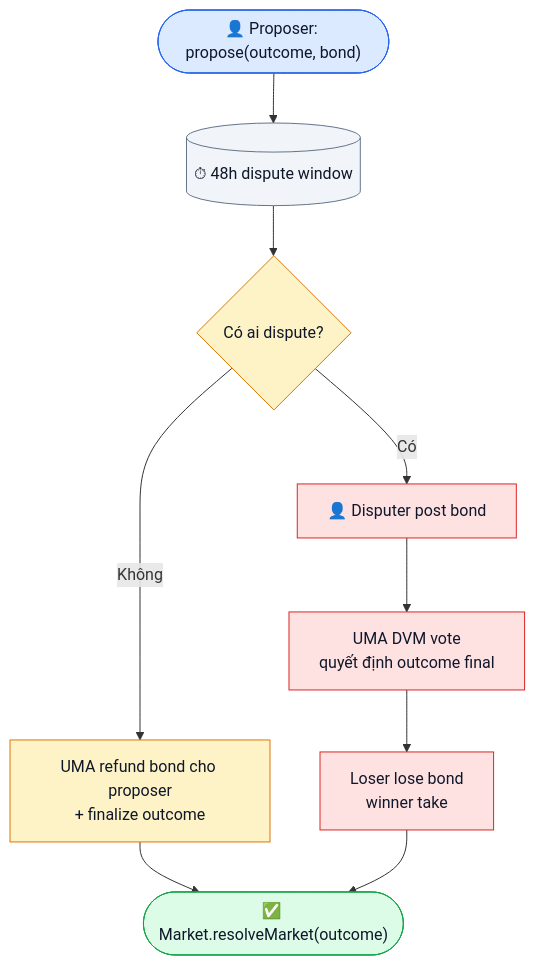
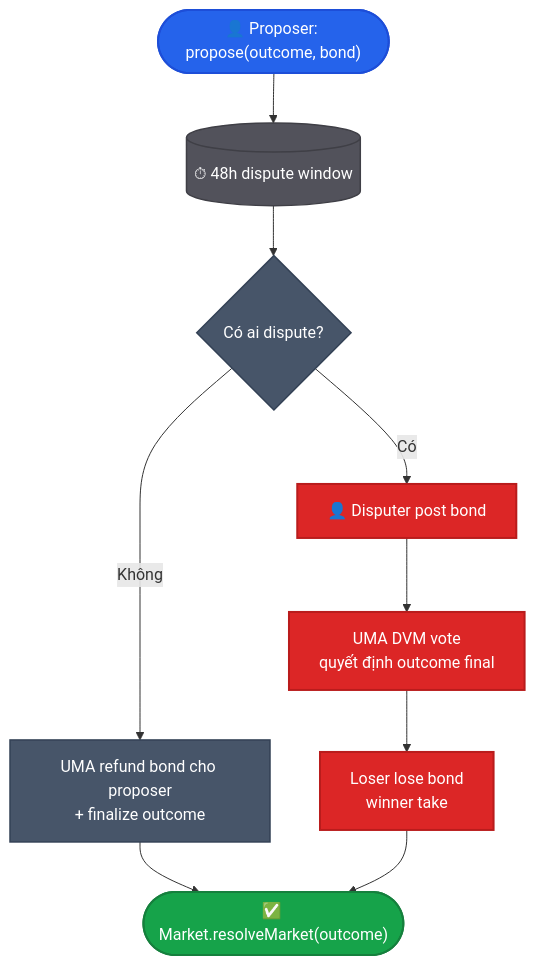
The fourth of 5 diagrams in vi_v6/giao-thuc/oracle.md (PrediX-Protocol/predix-docs), drawn with Mermaid before and after one commit. The commit also changed other lines of this file and 32 other files, not shown here.

First line of the commit message:
docs(vi_v6): redesign Mermaid theme — solid mid-tone palette + dark theme

````diff
--- a/vi_v6/giao-thuc/oracle.md
+++ b/vi_v6/giao-thuc/oracle.md
@@ -118,23 +118,23 @@
 ```mermaid
 flowchart TD
     Start(["👤 Proposer: propose(outcome, bond)"])
     Start --> Wait[("⏱ 48h dispute window")]
     Wait --> Branch{"Có ai dispute?"}
     Branch -->|Không| OK1["UMA refund bond cho proposer<br/>+ finalize outcome"]
     Branch -->|Có| Disp["👤 Disputer post bond"]
     Disp --> Vote["UMA DVM vote<br/>quyết định outcome final"]
     Vote --> Slash["Loser lose bond<br/>winner take"]
     OK1 --> End(["✅ Market.resolveMarket(outcome)"])
     Slash --> End
 
-    classDef st fill:#dbeafe,stroke:#2563eb,color:#0f172a
-    classDef step fill:#fef3c7,stroke:#d97706,color:#0f172a
-    classDef wait fill:#f1f5f9,stroke:#64748b,color:#0f172a
-    classDef bad fill:#fee2e2,stroke:#dc2626,color:#0f172a
-    classDef ok fill:#dcfce7,stroke:#16a34a,color:#0f172a
+    classDef st fill:#2563eb,stroke:#1d4ed8,color:#fff,stroke-width:2px
+    classDef step fill:#475569,stroke:#334155,color:#fff,stroke-width:1.5px
+    classDef wait fill:#52525b,stroke:#3f3f46,color:#fff,stroke-width:1.5px
+    classDef bad fill:#dc2626,stroke:#b91c1c,color:#fff,stroke-width:2px
+    classDef ok fill:#16a34a,stroke:#15803d,color:#fff,stroke-width:2px
     class Start st
     class Wait wait
     class Branch,OK1 step
     class Disp,Vote,Slash bad
     class End ok
 ```
````
